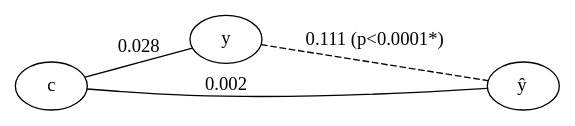
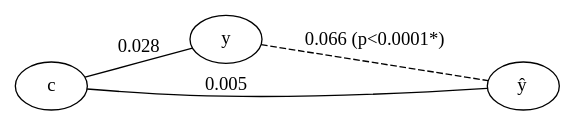
Before and after one commit to pni-lab/mlconfound-manuscript: the diagram in fig/raw/emp_abide_motion_comb_full.dot, drawn with Graphviz. The commit also changed 54 other files, not shown here.

```diff
--- a/fig/raw/emp_abide_motion_comb_full.dot
+++ b/fig/raw/emp_abide_motion_comb_full.dot
@@ -1,9 +1,9 @@
 graph {
 	rankdir=LR
 	c [label=c]
 	y [label=y]
 	yhat [label=<y&#770;>]
-	c -- yhat [label=0.002]
+	c -- yhat [label=0.005]
 	c -- y [label=0.028]
-	y -- yhat [label="0.111 (p<0.0001*)" style=dashed]
+	y -- yhat [label="0.066 (p<0.0001*)" style=dashed]
 }
```
